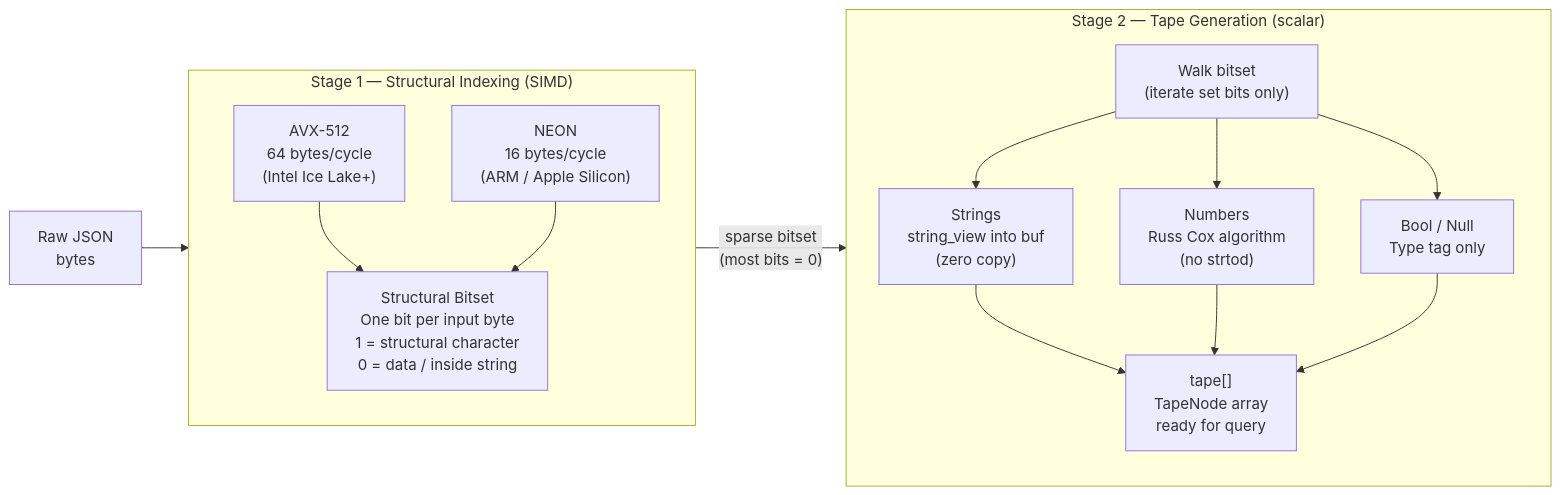
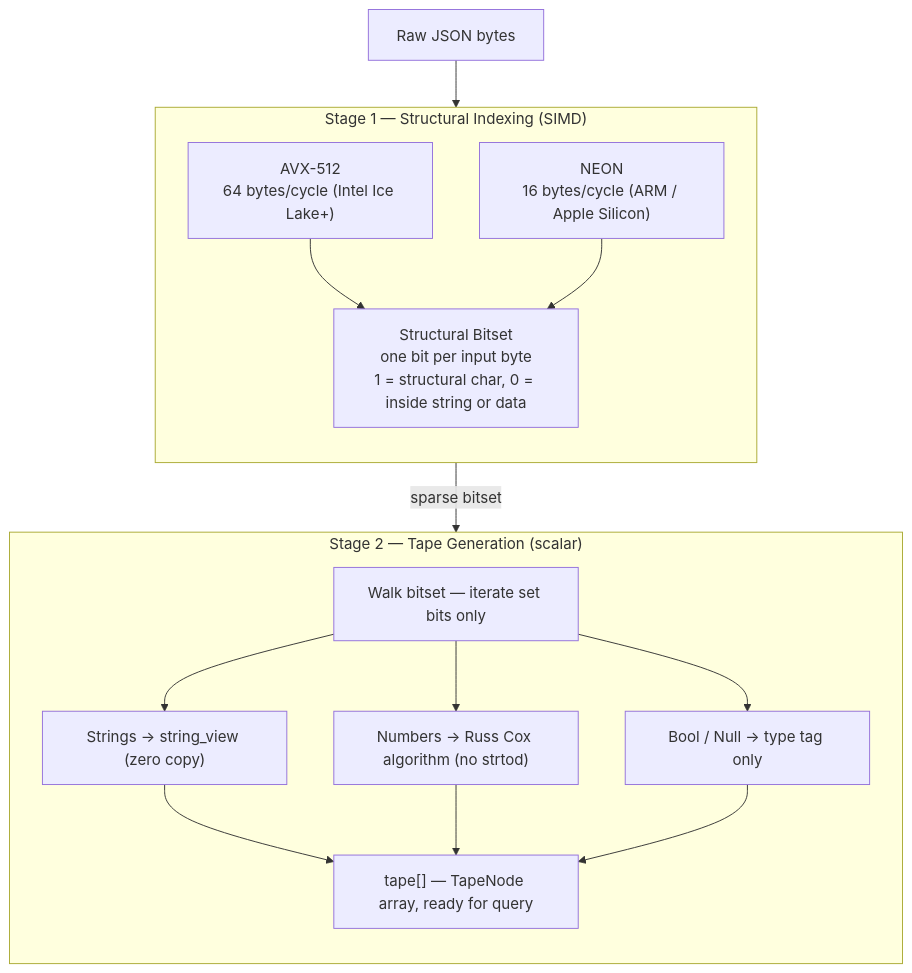
The fifth of 6 diagrams in docs/theory/architecture.md (the-lkb/beast-json), drawn with Mermaid before and after one commit. The commit also changed other lines of this file and 4 other files, not shown here.

````diff
--- a/docs/theory/architecture.md
+++ b/docs/theory/architecture.md
@@ -138,26 +138,26 @@
 ```mermaid
-flowchart LR
-    RAW["Raw JSON\nbytes"]
+flowchart TB
+    RAW["Raw JSON bytes"]
 
     subgraph S1["Stage 1 — Structural Indexing (SIMD)"]
         direction TB
-        AVX["AVX-512\n64 bytes/cycle\n(Intel Ice Lake+)"]
-        NEON["NEON\n16 bytes/cycle\n(ARM / Apple Silicon)"]
-        BITS["Structural Bitset\nOne bit per input byte\n1 = structural character\n0 = data / inside string"]
+        AVX["AVX-512<br/>64 bytes/cycle (Intel Ice Lake+)"]
+        NEON["NEON<br/>16 bytes/cycle (ARM / Apple Silicon)"]
+        BITS["Structural Bitset<br/>one bit per input byte<br/>1 = structural char, 0 = inside string or data"]
         AVX --> BITS
         NEON --> BITS
     end
 
     subgraph S2["Stage 2 — Tape Generation (scalar)"]
         direction TB
-        WALK["Walk bitset\n(iterate set bits only)"]
-        STR["Strings\nstring_view into buf\n(zero copy)"]
-        NUM["Numbers\nRuss Cox algorithm\n(no strtod)"]
-        BOOL["Bool / Null\nType tag only"]
-        OUT["tape[]\nTapeNode array\nready for query"]
+        WALK["Walk bitset — iterate set bits only"]
+        STR["Strings → string_view (zero copy)"]
+        NUM["Numbers → Russ Cox algorithm (no strtod)"]
+        BOOL["Bool / Null → type tag only"]
+        OUT["tape[] — TapeNode array, ready for query"]
         WALK --> STR & NUM & BOOL --> OUT
     end
 
     RAW --> S1
-    S1 -->|"sparse bitset\n(most bits = 0)"| S2
+    S1 -->|"sparse bitset"| S2
 ```
````
